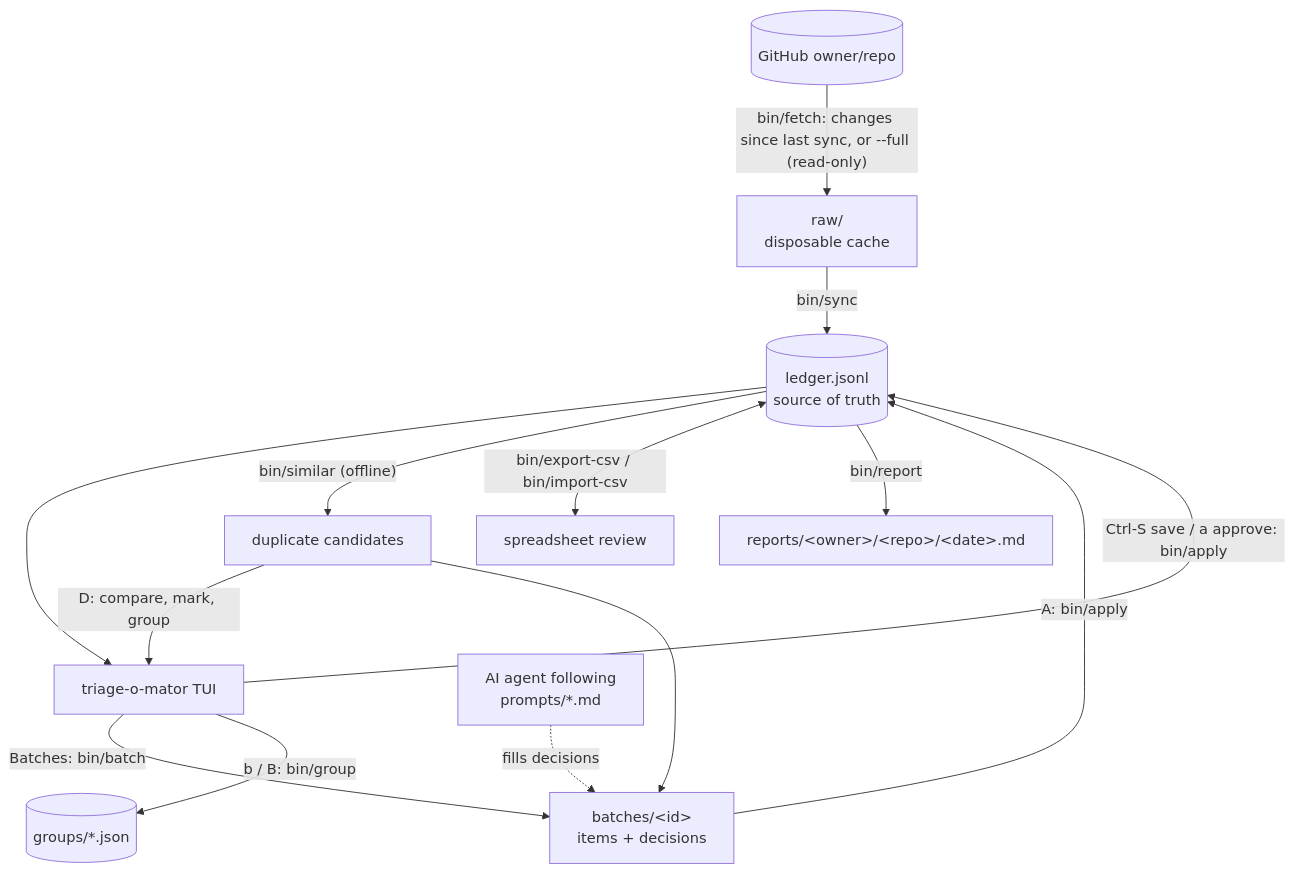
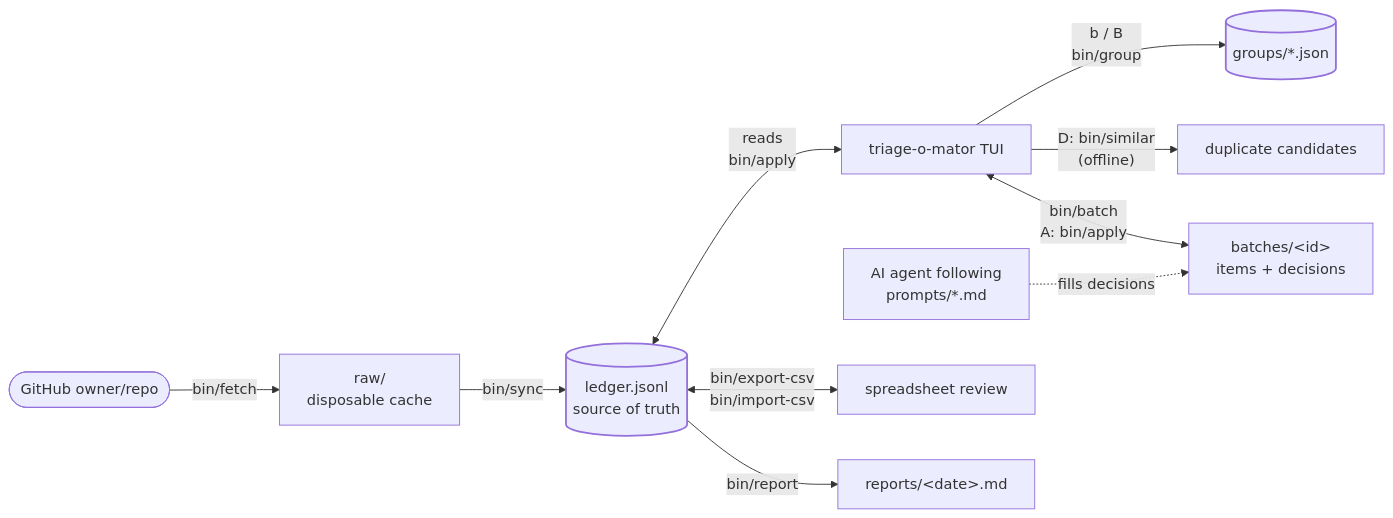
One commit to EFrMG/triage-o-mator changed the diagram in README.md. Above: the diagram before and after it, drawn with Mermaid. The commit also changed other lines of this file, not shown here.

Commit message:
replace diagram with flowchart in README

````diff
--- a/README.md
+++ b/README.md
@@ -72,16 +72,27 @@
 ```mermaid
-flowchart TD
-    GH[("GitHub owner/repo")] -->|"bin/fetch: changes since last sync, or --full (read-only)"| RAW["raw/<br/>disposable cache"]
-    RAW -->|bin/sync| LEDGER[("ledger.jsonl<br/>source of truth")]
-    LEDGER --> TUI["triage-o-mator TUI"]
-    TUI -->|"Batches: bin/batch"| BATCH["batches/&lt;id&gt;<br/>items + decisions"]
-    AGENT["AI agent following<br/>prompts/*.md"] -.->|fills decisions| BATCH
-    BATCH -->|"A: bin/apply"| LEDGER
-    TUI -->|"Ctrl-S save / a approve: bin/apply"| LEDGER
-    TUI -->|"b / B: bin/group"| GROUPS[("groups/*.json")]
-    LEDGER -->|"bin/similar (offline)"| DUPS["duplicate candidates"]
-    DUPS -->|"D: compare, mark, group"| TUI
-    DUPS --> BATCH
-    LEDGER <-->|"bin/export-csv / bin/import-csv"| CSV["spreadsheet review"]
-    LEDGER -->|bin/report| REPORT["reports/&lt;owner&gt;/&lt;repo&gt;/&lt;date&gt;.md"]
+flowchart LR
+    GH(["GitHub owner/repo"])
+    RAW["raw/<br/>disposable cache"]
+    LEDGER[("ledger.jsonl<br/>source of truth")]
+    TUI["triage-o-mator TUI"]
+    AGENT["AI agent following<br/>prompts/*.md"]
+    BATCH["batches/&lt;id&gt;<br/>items + decisions"]
+    GROUPS[("groups/*.json")]
+    CSV["spreadsheet review"]
+    REPORT["reports/&lt;date&gt;.md"]
+
+    GH -->|bin/fetch| RAW
+    RAW -->|bin/sync| LEDGER
+
+    LEDGER <-->|"reads<br/>bin/apply"| TUI
+    LEDGER <-->|"bin/export-csv<br/>bin/import-csv"| CSV
+    LEDGER -->|bin/report| REPORT
+
+    TUI -->|"b / B<br/>bin/group"| GROUPS
+    TUI -->|"D: bin/similar<br/>(offline)"| DUPS["duplicate candidates"]
+    TUI <-->|"bin/batch<br/>A: bin/apply"| BATCH
+    AGENT -.->|fills decisions| BATCH
+
+    style GROUPS stroke-width:2px
+    style LEDGER stroke-width:2px
 ```
````
